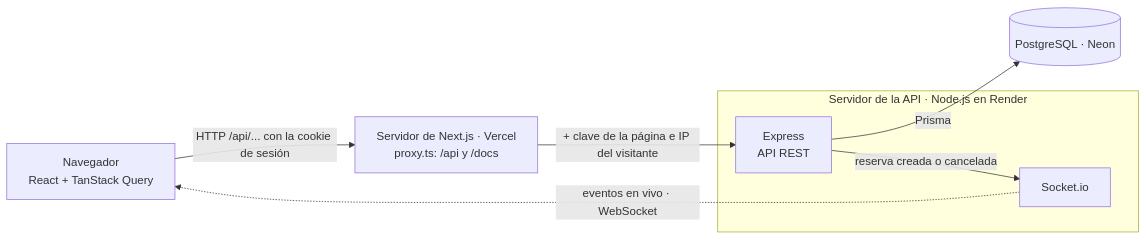
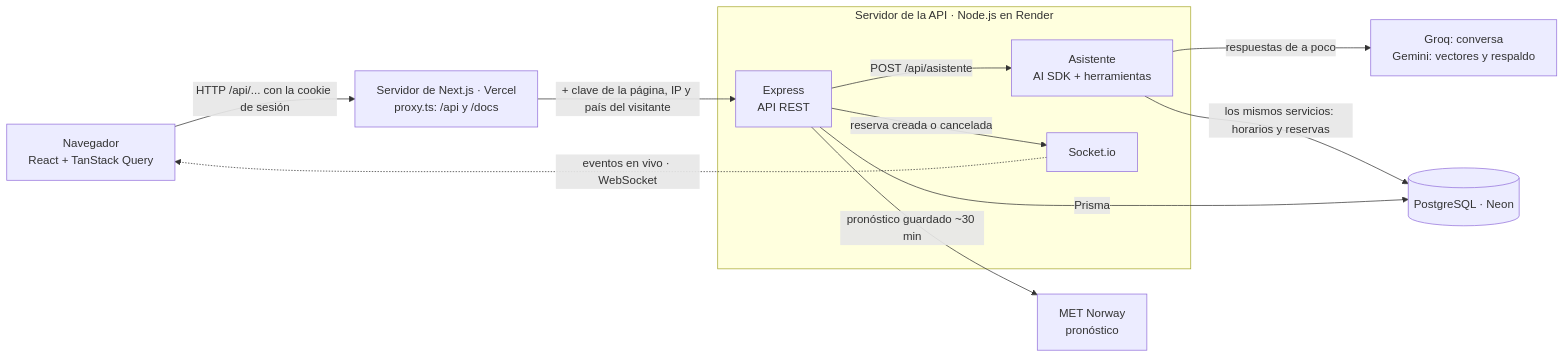
The diagram in README.md (Vitomans/agenda-reservas), drawn with Mermaid before and after one commit. The commit also changed other lines of this file and 2 other files, not shown here.

First line of the commit message:
docs: README con el asistente arriba, el GIF nuevo y los resultados de las evals

````diff
--- a/README.md
+++ b/README.md
@@ -33,16 +66,23 @@
 ```mermaid
 flowchart LR
     browser["Navegador<br/>React + TanStack Query"]
     next["Servidor de Next.js · Vercel<br/>proxy.ts: /api y /docs"]
     subgraph apiServer["Servidor de la API · Node.js en Render"]
         express["Express<br/>API REST"]
+        asistente["Asistente<br/>AI SDK + herramientas"]
         socket["Socket.io"]
     end
     db[("PostgreSQL · Neon")]
+    ia["Groq: conversa<br/>Gemini: vectores y respaldo"]
+    met["MET Norway<br/>pronóstico"]
 
     browser -->|"HTTP /api/... con la cookie de sesión"| next
-    next -->|"+ clave de la página e IP del visitante"| express
+    next -->|"+ clave de la página, IP y país del visitante"| express
+    express -->|"POST /api/asistente"| asistente
+    asistente -->|"respuestas de a poco"| ia
+    asistente -->|"los mismos servicios: horarios y reservas"| db
     express -->|Prisma| db
+    express -->|"pronóstico guardado ~30 min"| met
     express -->|"reserva creada o cancelada"| socket
     socket -.->|"eventos en vivo · WebSocket"| browser
 ```
````
